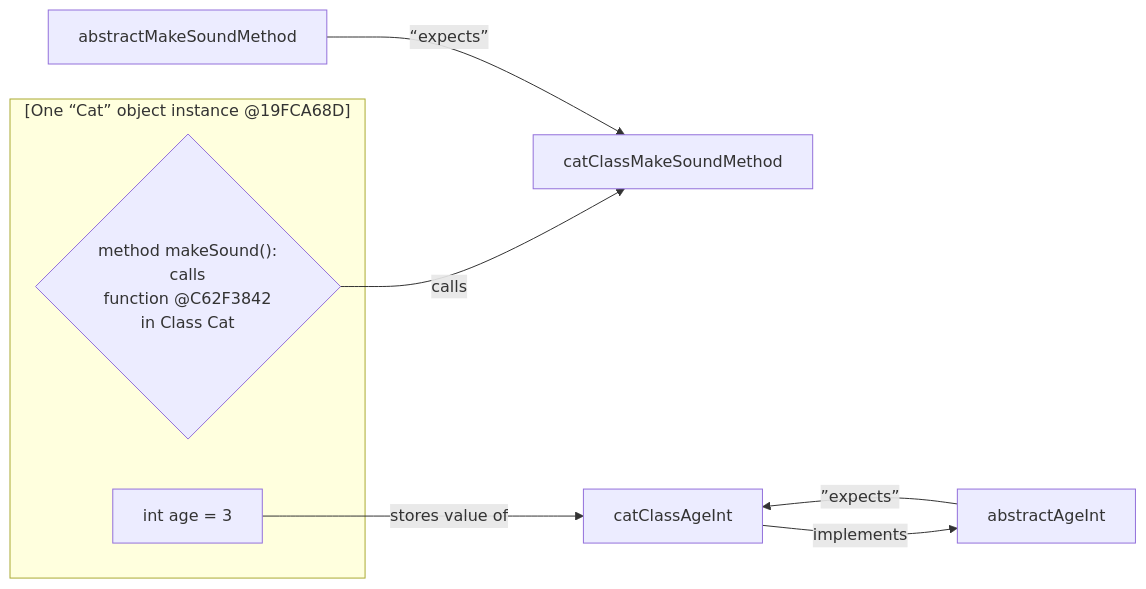
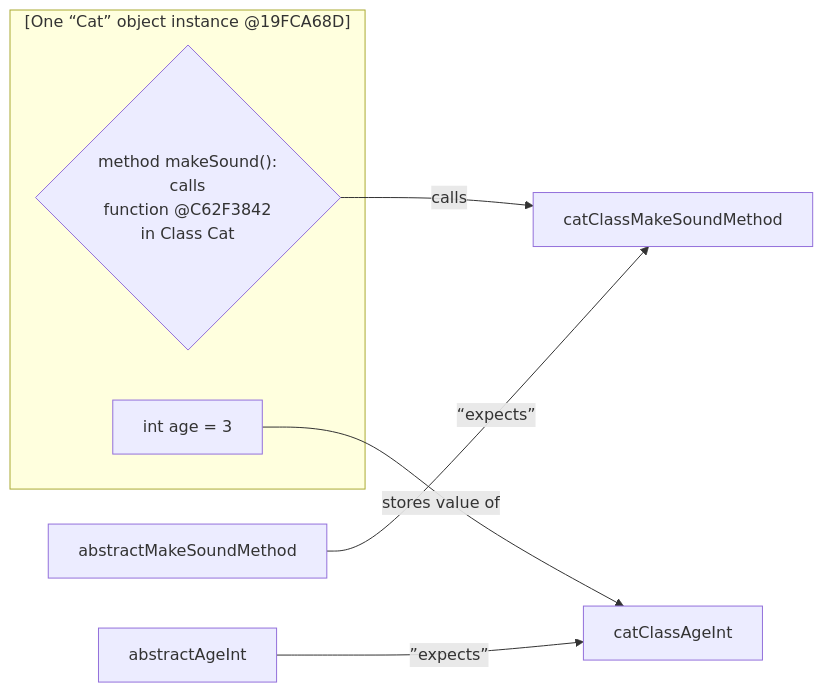
Before and after one commit to realityexpander/How_to_program_from_ground_up: the first of 5 diagrams in 09-ClassOrientedProgramming.md, drawn with Mermaid.

Commit message:
Add to COP

````diff
--- a/09-ClassOrientedProgramming.md
+++ b/09-ClassOrientedProgramming.md
@@ -28,39 +28,39 @@
     ```mermaid
       flowchart LR
       
       catObjectMakeSoundMethodFunctionPointer -- calls --> catClassMakeSoundMethod:::Object
       catObjectAgeInt -- stores value of --> catClassAgeInt
       subgraph catObject["[One “Cat” object instance @19FCA68D]"]
           catObjectAgeInt["int age = 3"]
           catObjectMakeSoundMethodFunctionPointer{"method makeSound(): 
                                              calls 
                                        function @C62F3842
                                        in Class Cat"}
       end
       abstractAgeInt -- ”expects” --> catClassAgeInt
       abstractMakeSoundMethod -- “expects” --> catClassMakeSoundMethod:::Object
-      catClassAgeInt -- implements --> abstractAgeInt:::Abstract
+%%      catClassAgeInt -- implements --> abstractAgeInt:::Abstract
 %%    subgraph classCat["class Cat extends Animal"]
 %%        catClassAgeInt["int age"]
 %%        catClassMakeSoundMethod["function @C62F3842:  
 %%                    method makeSound() =
 %%                    { print Meow }"]
 %%    end
 %%      
 %%      classCat -- creates object --> catObject:::Object
 %%      classCat -- extends --> abstractAnimal:::Abstract
 %%      catClassMakeSoundMethod -- implements --> abstractMakeSoundMethod:::Abstract
 %%      subgraph abstractAnimal["abstract class Animal"]
 %%        abstractAgeInt["abstract int age"]
 %%        abstractMakeSoundMethod["abstract method 
 %%                                 makeSound()"]
 %%      end
 %%      
 %%      classDef Abstract fill:#222, stroke:#0F0, stroke-width:1px, color:#fff, stroke-dasharray: 5 5
 %%      classDef Class fill:#444, stroke:#00F, stroke-width:1px, color:#000, stroke-dasharray: 5 5
 %%      style classCat fill:#444, stroke:#DDD, stroke-width:1px, color:#000, stroke-dasharray: 5 5
 %%      style catClassAgeInt fill:#444, stroke:#DDD, stroke-width:1px, color:#FFF, stroke-dasharray: 5 5
 %%      classDef Object fill:#55F, stroke:#FFF, stroke-width:3px, color:#fff
 %%      style catObjectAgeInt fill:#55F, stroke:#FFF, stroke-width:3px, color:#fff
 %%      style catObjectMakeSoundMethodFunctionPointer fill:#222, stroke:#DDD, stroke-width:1px, color:#000, stroke-dasharray: 5 5
     ```
````
